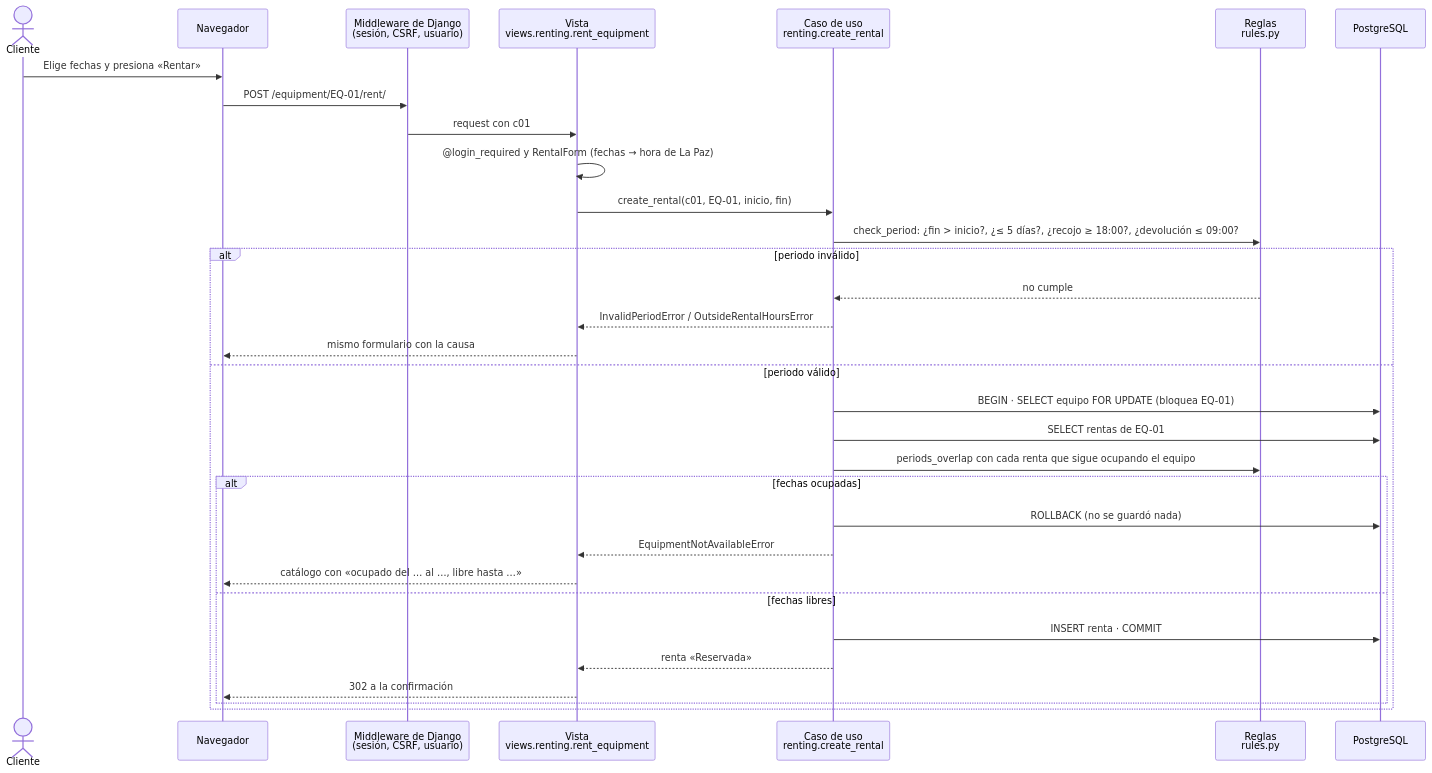
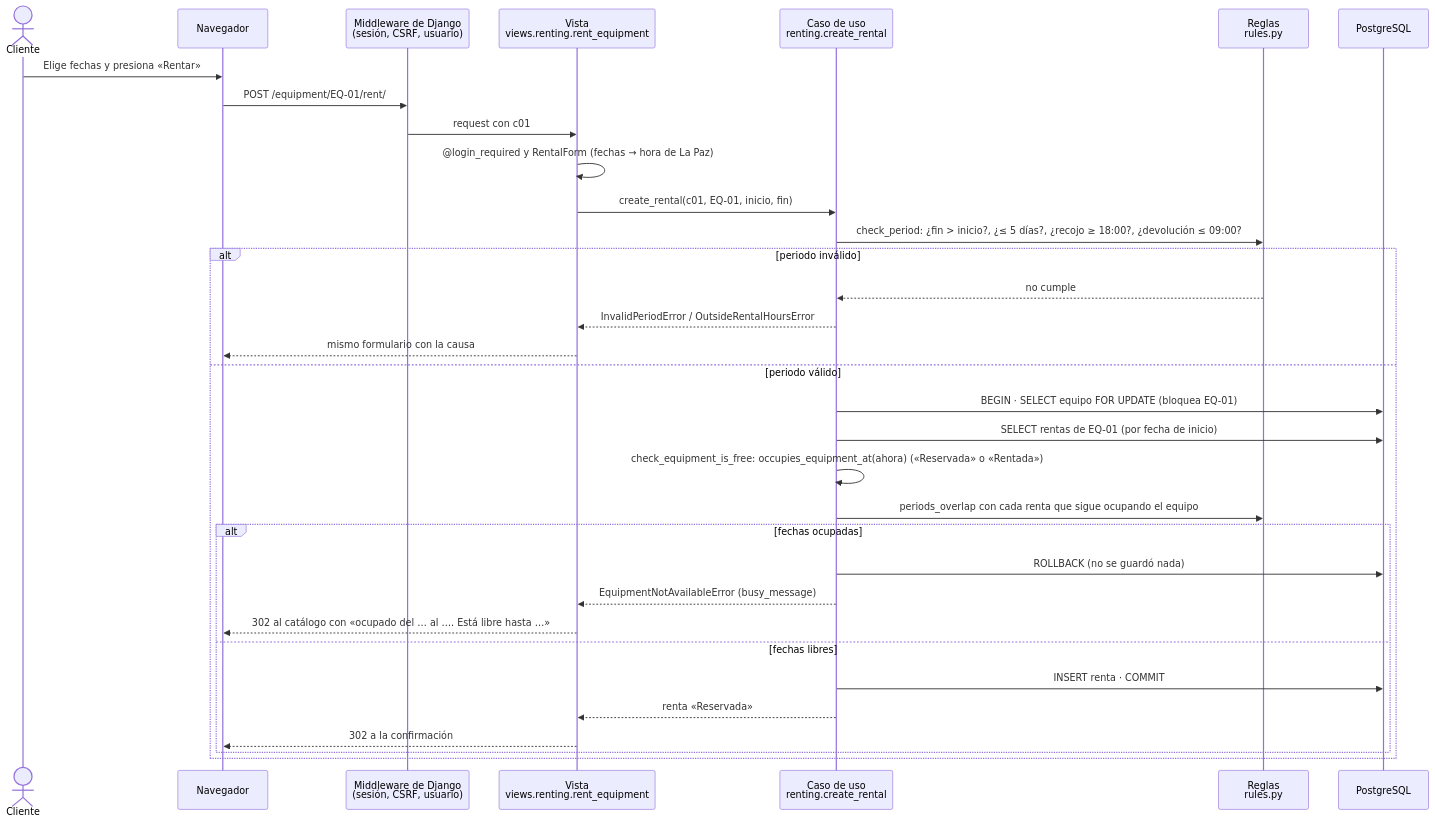
Before and after one commit to peterteranb/astra-rent-system: the first of 6 diagrams in docs/secuencias.md, drawn with Mermaid. The commit also changed other lines of this file and 1 other file, not shown here.

First line of the commit message:
docs: keep the renting diagrams in secuencias.md (#52)

````diff
--- a/docs/secuencias.md
+++ b/docs/secuencias.md
@@ -38,35 +38,36 @@
 ```mermaid
 sequenceDiagram
     actor C as Cliente
     participant N as Navegador
     participant MW as Middleware de Django<br/>(sesión, CSRF, usuario)
     participant V as Vista<br/>views.renting.rent_equipment
     participant U as Caso de uso<br/>renting.create_rental
     participant R as Reglas<br/>rules.py
     participant DB as PostgreSQL
 
     C->>N: Elige fechas y presiona «Rentar»
     N->>MW: POST /equipment/EQ-01/rent/
     MW->>V: request con c01
     V->>V: @login_required y RentalForm (fechas → hora de La Paz)
     V->>U: create_rental(c01, EQ-01, inicio, fin)
     U->>R: check_period: ¿fin > inicio?, ¿≤ 5 días?, ¿recojo ≥ 18:00?, ¿devolución ≤ 09:00?
     alt periodo inválido
         R-->>U: no cumple
         U-->>V: InvalidPeriodError / OutsideRentalHoursError
         V-->>N: mismo formulario con la causa
     else periodo válido
         U->>DB: BEGIN · SELECT equipo FOR UPDATE (bloquea EQ-01)
-        U->>DB: SELECT rentas de EQ-01
+        U->>DB: SELECT rentas de EQ-01 (por fecha de inicio)
+        U->>U: check_equipment_is_free: occupies_equipment_at(ahora) («Reservada» o «Rentada»)
         U->>R: periods_overlap con cada renta que sigue ocupando el equipo
         alt fechas ocupadas
             U->>DB: ROLLBACK (no se guardó nada)
-            U-->>V: EquipmentNotAvailableError
-            V-->>N: catálogo con «ocupado del … al …, libre hasta …»
+            U-->>V: EquipmentNotAvailableError (busy_message)
+            V-->>N: 302 al catálogo con «ocupado del … al …. Está libre hasta …»
         else fechas libres
             U->>DB: INSERT renta · COMMIT
             U-->>V: renta «Reservada»
             V-->>N: 302 a la confirmación
         end
     end
 ```
````
